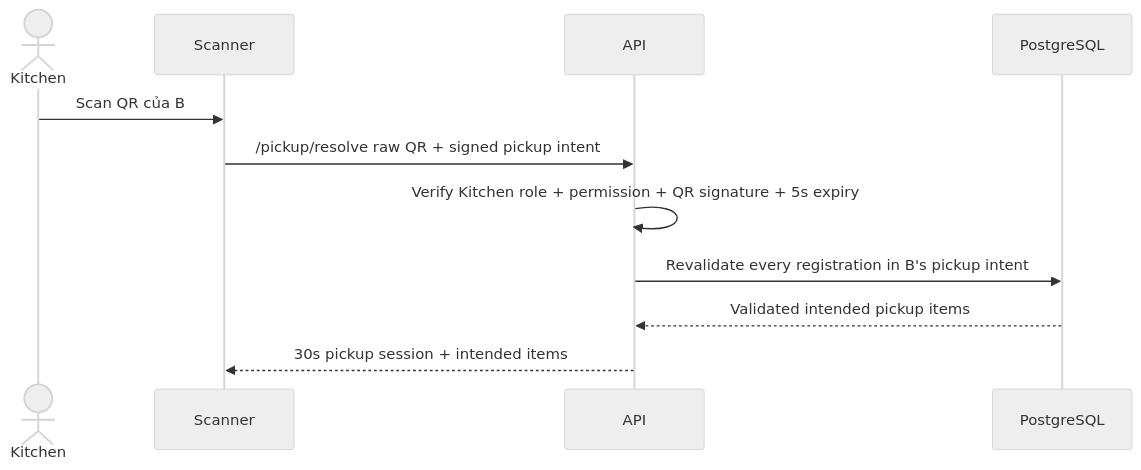
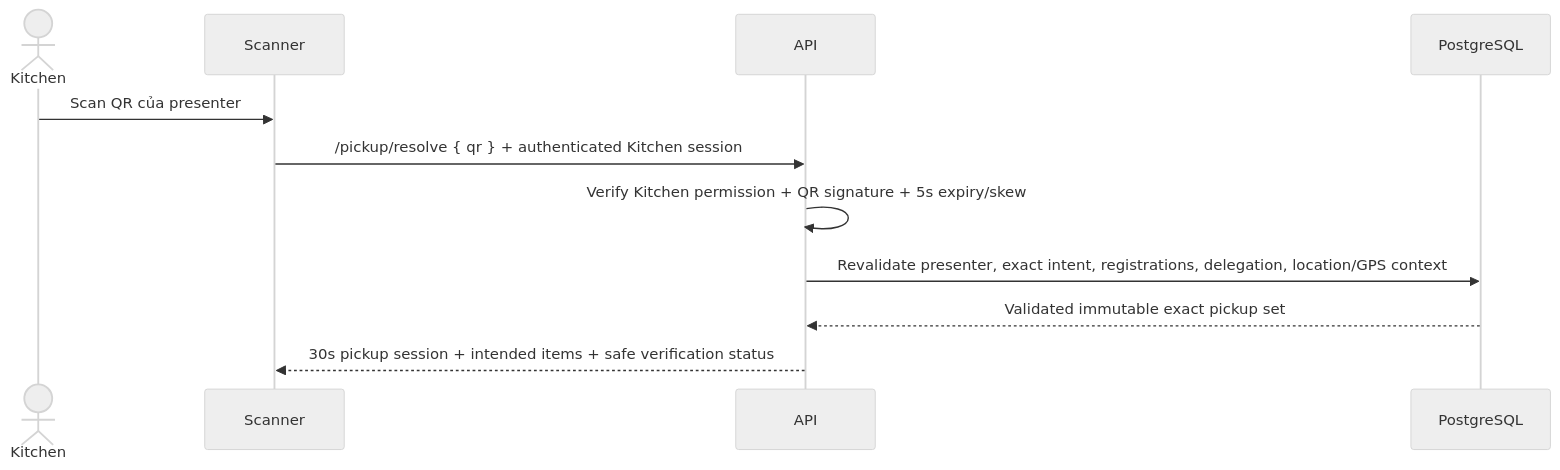
One commit to Wkiugt/IMeal-v3 changed the fifth of 6 diagrams in docs/03-product-flows.md. Above: the diagram before and after it, drawn with Mermaid (neutral theme). The commit also changed other lines of this file and 13 other files, not shown here.

Commit message:
docs: document otp presenter gps operational boundaries

````diff
--- a/docs/03-product-flows.md
+++ b/docs/03-product-flows.md
@@ -462,14 +474,14 @@
 ```mermaid
 sequenceDiagram
     actor K as Kitchen
     participant SC as Scanner
     participant API as API
     participant DB as PostgreSQL
 
-    K->>SC: Scan QR của B
-    SC->>API: /pickup/resolve raw QR + signed pickup intent
-    API->>API: Verify Kitchen role + permission + QR signature + 5s expiry
-    API->>DB: Revalidate every registration in B's pickup intent
-    DB-->>API: Validated intended pickup items
-    API-->>SC: 30s pickup session + intended items
+    K->>SC: Scan QR của presenter
+    SC->>API: /pickup/resolve { qr } + authenticated Kitchen session
+    API->>API: Verify Kitchen permission + QR signature + 5s expiry/skew
+    API->>DB: Revalidate presenter, exact intent, registrations, delegation, location/GPS context
+    DB-->>API: Validated immutable exact pickup set
+    API-->>SC: 30s pickup session + intended items + safe verification status
 ```
````
